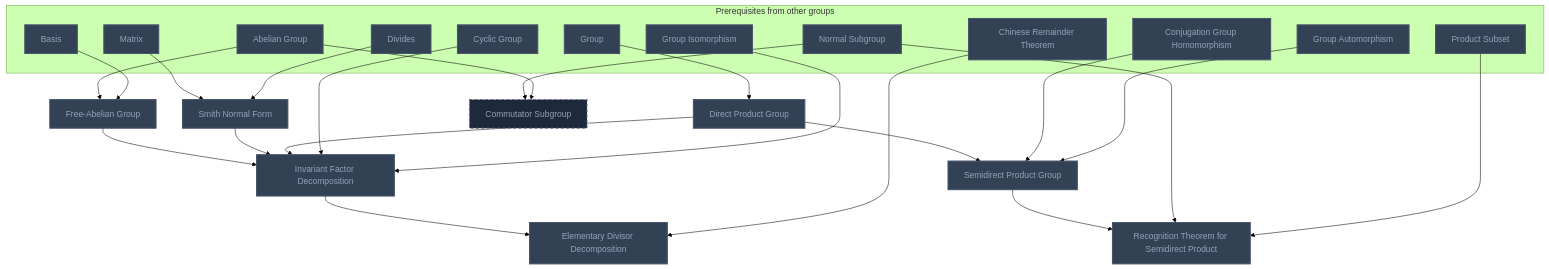
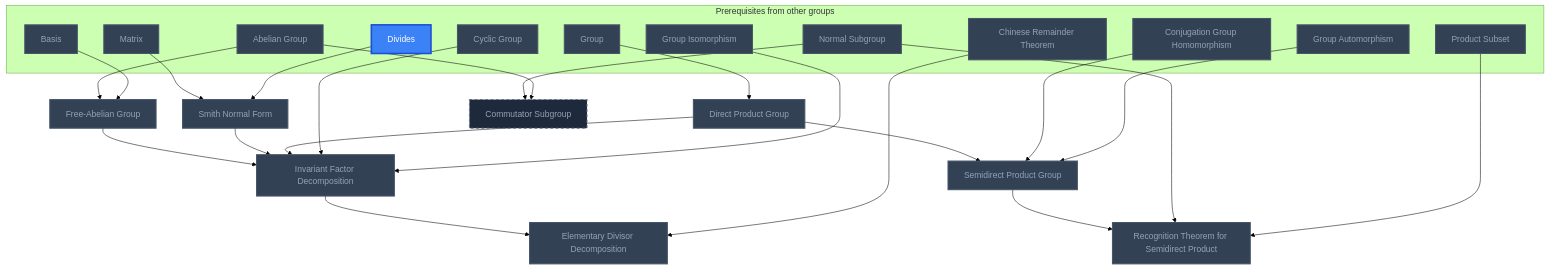
Before and after one commit to MRauf1/My-Notes: the sixth of 20 diagrams in Gamification/Skill Trees/Abstract Algebra.md, drawn with Mermaid (forest theme). The commit also changed other lines of this file and 62 other files, not shown here.

````diff
--- a/Gamification/Skill Trees/Abstract Algebra.md
+++ b/Gamification/Skill Trees/Abstract Algebra.md
@@ -529,57 +532,58 @@
 ```mermaid
 flowchart TD
     classDef planned fill:#1E293B,stroke:#64748B,stroke-width:2px,stroke-dasharray:5 5,color:#94A3B8;
     classDef locked fill:#334155,stroke:#475569,stroke-width:2px,color:#94A3B8;
     classDef L0 fill:#F1F5F9,stroke:#94A3B8,stroke-width:2px,color:#000000;
     classDef L1 fill:#22C55E,stroke:#15803D,stroke-width:2px,color:#000000;
     classDef L2 fill:#3B82F6,stroke:#1D4ED8,stroke-width:3px,color:#FFFFFF;
     classDef L3 fill:#A855F7,stroke:#6B21A8,stroke-width:3px,color:#FFFFFF,font-weight:bold;
     classDef L4 fill:#F97316,stroke:#C2410C,stroke-width:4px,color:#000000,font-weight:bold;
     classDef L5 fill:#FFD700,stroke:#FF8C00,stroke-width:5px,color:#000000,font-weight:bold;
     classDef rusty stroke:#8B4513,stroke-width:4px,stroke-dasharray:3 3;
     subgraph sg_prereqs["Prerequisites from other groups"]
         n_group["Group"]
         n_abelian_group["Abelian Group"]
         n_basis["Basis"]
         n_matrix["Matrix"]
         n_divides["Divides"]
         n_cyclic_group["Cyclic Group"]
         n_group_isomorphism["Group Isomorphism"]
         n_chinese_remainder_theorem["Chinese Remainder Theorem"]
         n_normal_subgroup["Normal Subgroup"]
         n_conjugation_group_homomorphism["Conjugation Group Homomorphism"]
         n_group_automorphism["Group Automorphism"]
         n_product_subset["Product Subset"]
     end
     n_direct_product_group["Direct Product Group"]
     n_free_abelian_group["Free-Abelian Group"]
     n_smith_normal_form["Smith Normal Form"]
     n_invariant_factor_decomposition["Invariant Factor Decomposition"]
     n_elementary_divisor_decomposition["Elementary Divisor Decomposition"]
     n_commutator_subgroup["Commutator Subgroup"]
     n_semidirect_product_group["Semidirect Product Group"]
     n_recognition_theorem_for_semidirect_product["Recognition Theorem for Semidirect Product"]
     n_group --> n_direct_product_group
     n_abelian_group --> n_free_abelian_group
     n_basis --> n_free_abelian_group
     n_matrix --> n_smith_normal_form
     n_divides --> n_smith_normal_form
     n_free_abelian_group --> n_invariant_factor_decomposition
     n_smith_normal_form --> n_invariant_factor_decomposition
     n_direct_product_group --> n_invariant_factor_decomposition
     n_cyclic_group --> n_invariant_factor_decomposition
     n_group_isomorphism --> n_invariant_factor_decomposition
     n_invariant_factor_decomposition --> n_elementary_divisor_decomposition
     n_chinese_remainder_theorem --> n_elementary_divisor_decomposition
     n_normal_subgroup --> n_commutator_subgroup
     n_abelian_group --> n_commutator_subgroup
     n_direct_product_group --> n_semidirect_product_group
     n_conjugation_group_homomorphism --> n_semidirect_product_group
     n_group_automorphism --> n_semidirect_product_group
     n_semidirect_product_group --> n_recognition_theorem_for_semidirect_product
     n_normal_subgroup --> n_recognition_theorem_for_semidirect_product
     n_product_subset --> n_recognition_theorem_for_semidirect_product
     class n_commutator_subgroup planned;
-    class n_group,n_abelian_group,n_basis,n_matrix,n_divides,n_cyclic_group,n_group_isomorphism,n_chinese_remainder_theorem,n_normal_subgroup,n_conjugation_group_homomorphism,n_group_automorphism,n_product_subset,n_direct_product_group,n_free_abelian_group,n_smith_normal_form,n_invariant_factor_decomposition,n_elementary_divisor_decomposition,n_semidirect_product_group,n_recognition_theorem_for_semidirect_product locked;
+    class n_group,n_abelian_group,n_basis,n_matrix,n_cyclic_group,n_group_isomorphism,n_chinese_remainder_theorem,n_normal_subgroup,n_conjugation_group_homomorphism,n_group_automorphism,n_product_subset,n_direct_product_group,n_free_abelian_group,n_smith_normal_form,n_invariant_factor_decomposition,n_elementary_divisor_decomposition,n_semidirect_product_group,n_recognition_theorem_for_semidirect_product locked;
+    class n_divides L2;
     class n_group,n_abelian_group,n_basis,n_matrix,n_divides,n_cyclic_group,n_group_isomorphism,n_chinese_remainder_theorem,n_normal_subgroup,n_conjugation_group_homomorphism,n_group_automorphism,n_product_subset,n_direct_product_group,n_free_abelian_group,n_smith_normal_form,n_invariant_factor_decomposition,n_elementary_divisor_decomposition,n_semidirect_product_group,n_recognition_theorem_for_semidirect_product internal-link;
 ```
````
